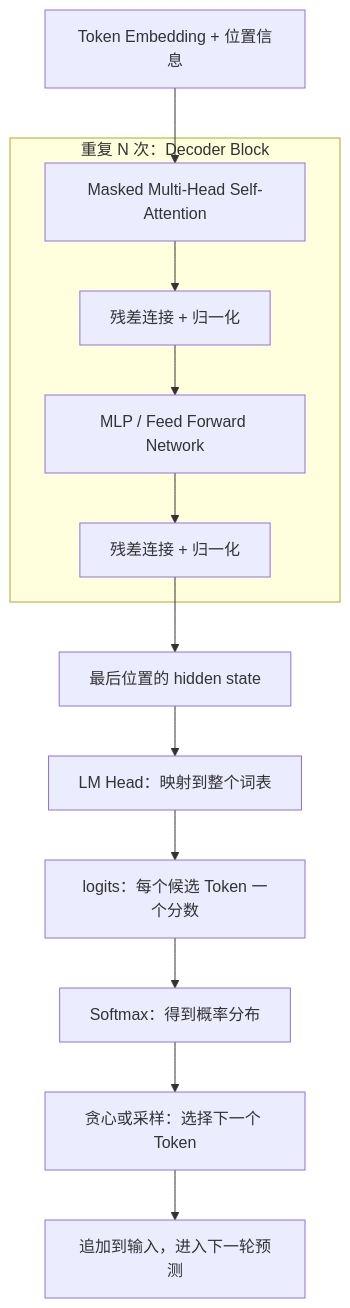
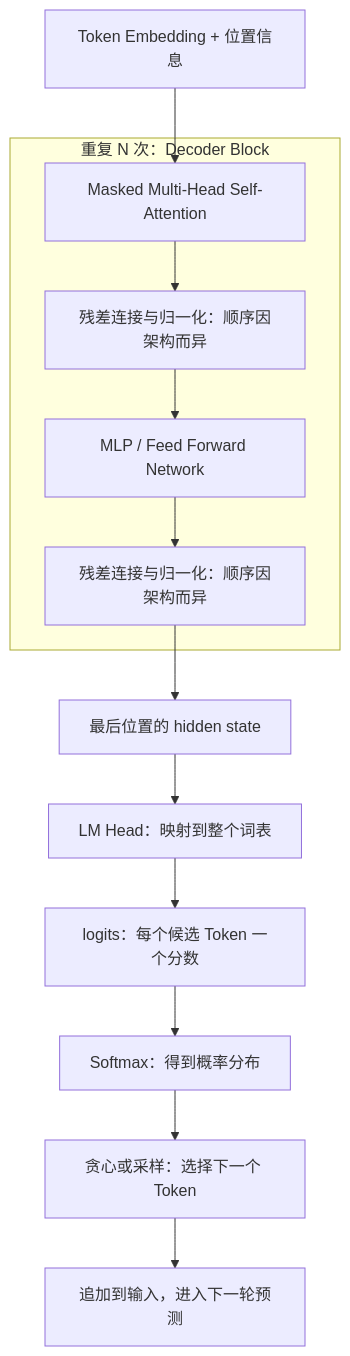
The third of 4 diagrams in posts/2026-07-14-从Token到RAG-我这一周搭起的大模型基础认知地图.md (LeiLiGithub/AgenticOS), drawn with Mermaid before and after one commit. The commit also changed other lines of this file and 14 other files, not shown here.

````diff
--- a/posts/2026-07-14-从Token到RAG-我这一周搭起的大模型基础认知地图.md
+++ b/posts/2026-07-14-从Token到RAG-我这一周搭起的大模型基础认知地图.md
@@ -231,15 +235,15 @@
 ```mermaid
 flowchart TD
     A[Token Embedding + 位置信息] --> B
     subgraph D[重复 N 次：Decoder Block]
-        B[Masked Multi-Head Self-Attention] --> C[残差连接 + 归一化]
+        B[Masked Multi-Head Self-Attention] --> C[残差连接与归一化：顺序因架构而异]
         C --> E[MLP / Feed Forward Network]
-        E --> F[残差连接 + 归一化]
+        E --> F[残差连接与归一化：顺序因架构而异]
     end
     F --> G[最后位置的 hidden state]
     G --> H[LM Head：映射到整个词表]
     H --> I[logits：每个候选 Token 一个分数]
     I --> J[Softmax：得到概率分布]
     J --> K[贪心或采样：选择下一个 Token]
     K --> L[追加到输入，进入下一轮预测]
 ```
````
